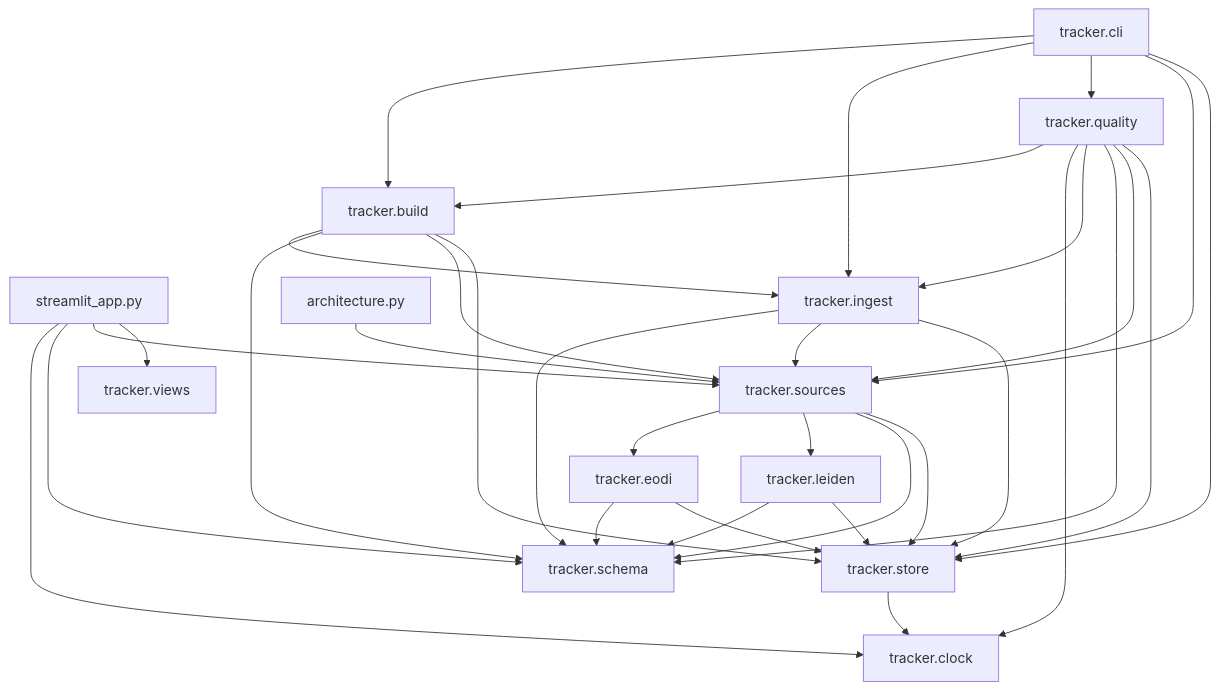
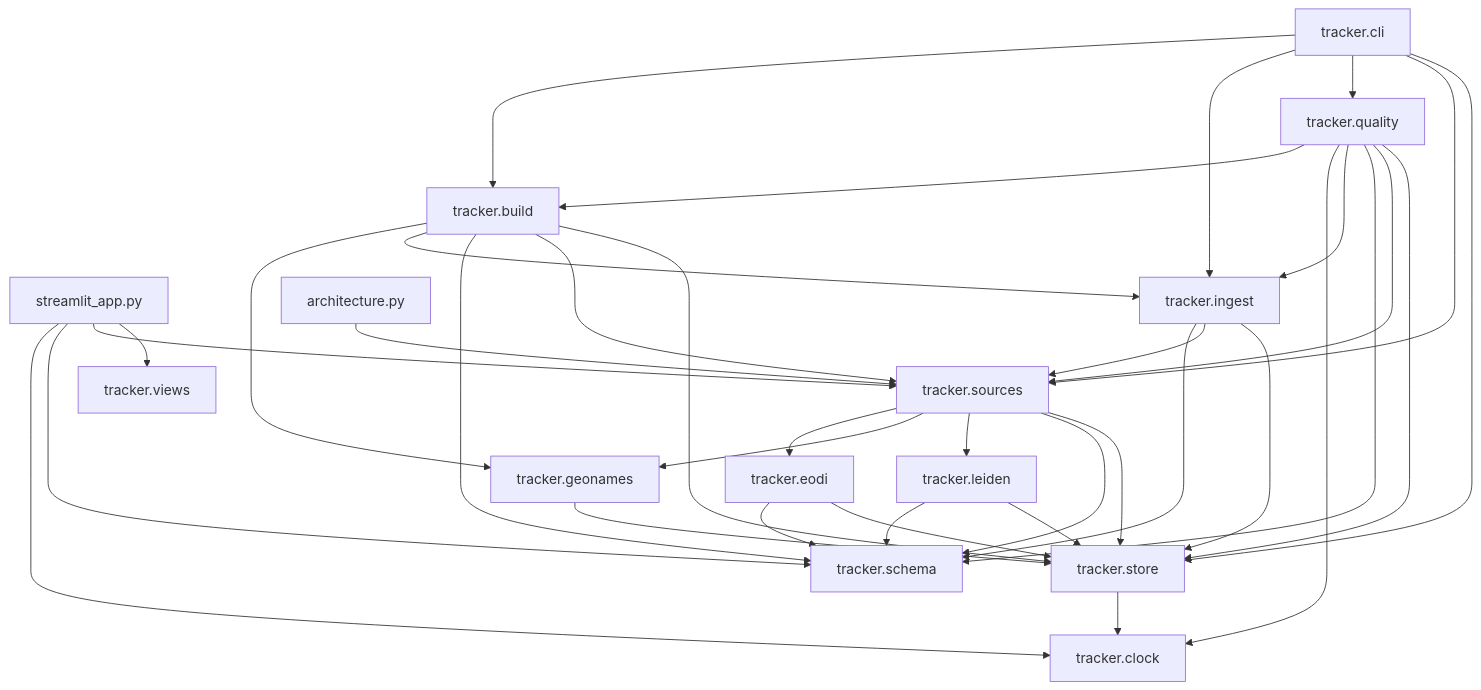
Before and after one commit to tryph0n/hybrid-tracker: the third of 3 diagrams in docs/architecture.md, drawn with Mermaid. The commit also changed other lines of this file and 16 other files, not shown here.

````diff
--- a/docs/architecture.md
+++ b/docs/architecture.md
@@ -151,48 +151,52 @@
 ```mermaid
 flowchart TB
   module_streamlit_app_py["streamlit_app.py"]
   module_tracker_build["tracker.build"]
   module_tracker_cli["tracker.cli"]
   module_tracker_clock["tracker.clock"]
   module_tracker_eodi["tracker.eodi"]
+  module_tracker_geonames["tracker.geonames"]
   module_tracker_ingest["tracker.ingest"]
   module_tracker_leiden["tracker.leiden"]
   module_tracker_quality["tracker.quality"]
   module_tracker_schema["tracker.schema"]
   module_tracker_sources["tracker.sources"]
   module_tracker_store["tracker.store"]
   module_tracker_views["tracker.views"]
   module_architecture_py["architecture.py"]
   module_streamlit_app_py --> module_tracker_clock
   module_streamlit_app_py --> module_tracker_schema
   module_streamlit_app_py --> module_tracker_sources
   module_streamlit_app_py --> module_tracker_views
+  module_tracker_build --> module_tracker_geonames
   module_tracker_build --> module_tracker_ingest
   module_tracker_build --> module_tracker_schema
   module_tracker_build --> module_tracker_sources
   module_tracker_build --> module_tracker_store
   module_tracker_cli --> module_tracker_build
   module_tracker_cli --> module_tracker_ingest
   module_tracker_cli --> module_tracker_quality
   module_tracker_cli --> module_tracker_sources
   module_tracker_cli --> module_tracker_store
   module_tracker_eodi --> module_tracker_schema
   module_tracker_eodi --> module_tracker_store
+  module_tracker_geonames --> module_tracker_store
   module_tracker_ingest --> module_tracker_schema
   module_tracker_ingest --> module_tracker_sources
   module_tracker_ingest --> module_tracker_store
   module_tracker_leiden --> module_tracker_schema
   module_tracker_leiden --> module_tracker_store
   module_tracker_quality --> module_tracker_build
   module_tracker_quality --> module_tracker_clock
   module_tracker_quality --> module_tracker_ingest
   module_tracker_quality --> module_tracker_schema
   module_tracker_quality --> module_tracker_sources
   module_tracker_quality --> module_tracker_store
   module_tracker_sources --> module_tracker_eodi
+  module_tracker_sources --> module_tracker_geonames
   module_tracker_sources --> module_tracker_leiden
   module_tracker_sources --> module_tracker_schema
   module_tracker_sources --> module_tracker_store
   module_tracker_store --> module_tracker_clock
   module_architecture_py --> module_tracker_sources
 ```
````
